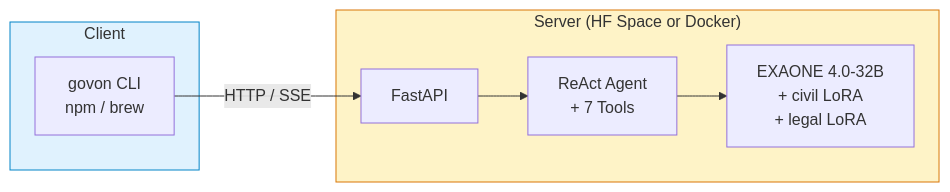
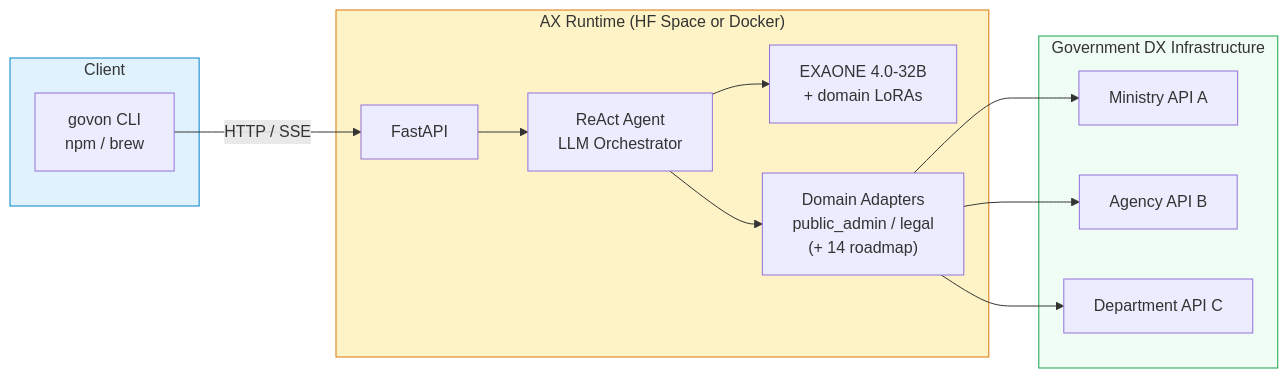
One commit to ondevice-ai-civil/ondevice-ai-civil-complaint changed the diagram in README.md. Above: the diagram before and after it, drawn with Mermaid. The commit also changed other lines of this file and 24 other files, not shown here.

First line of the commit message:
docs: redefine GovOn as AX national infrastructure platform (#696)

````diff
--- a/README.md
+++ b/README.md
@@ -165,17 +174,27 @@
 ```mermaid
 graph LR
     subgraph Client
         CLI["govon CLI<br/>npm / brew"]
     end
 
-    subgraph Server ["Server (HF Space or Docker)"]
+    subgraph Server ["AX Runtime (HF Space or Docker)"]
         API["FastAPI"]
-        AGENT["ReAct Agent<br/>+ 7 Tools"]
-        LLM["EXAONE 4.0-32B<br/>+ civil LoRA<br/>+ legal LoRA"]
+        AGENT["ReAct Agent<br/>LLM Orchestrator"]
+        LLM["EXAONE 4.0-32B<br/>+ domain LoRAs"]
+        TOOLS["Domain Adapters<br/>public_admin / legal<br/>(+ 14 roadmap)"]
+    end
+
+    subgraph GovInfra ["Government DX Infrastructure"]
+        GOV1["Ministry API A"]
+        GOV2["Agency API B"]
+        GOV3["Department API C"]
     end
 
     CLI -- "HTTP / SSE" --> API --> AGENT --> LLM
+    AGENT --> TOOLS
+    TOOLS --> GOV1 & GOV2 & GOV3
 
     style Client fill:#e0f2fe,stroke:#0284c7
     style Server fill:#fef3c7,stroke:#d97706
+    style GovInfra fill:#f0fdf4,stroke:#16a34a
 ```
````
